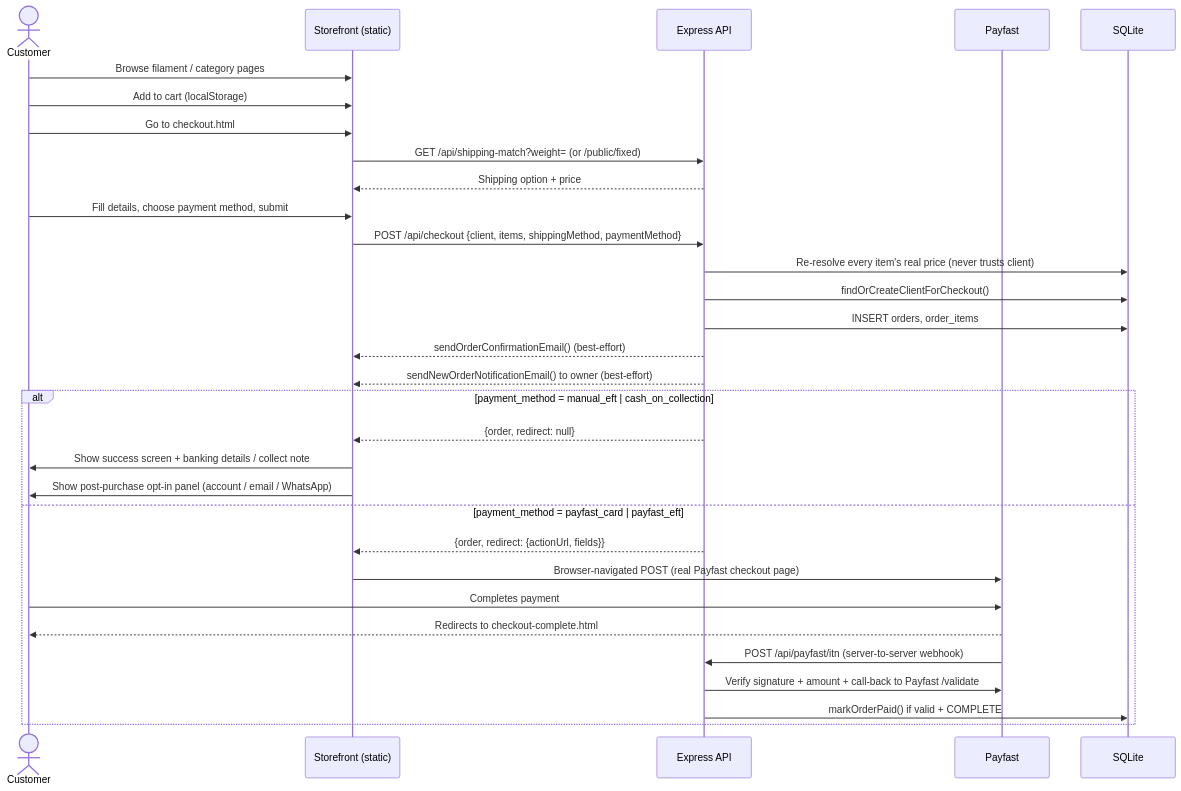
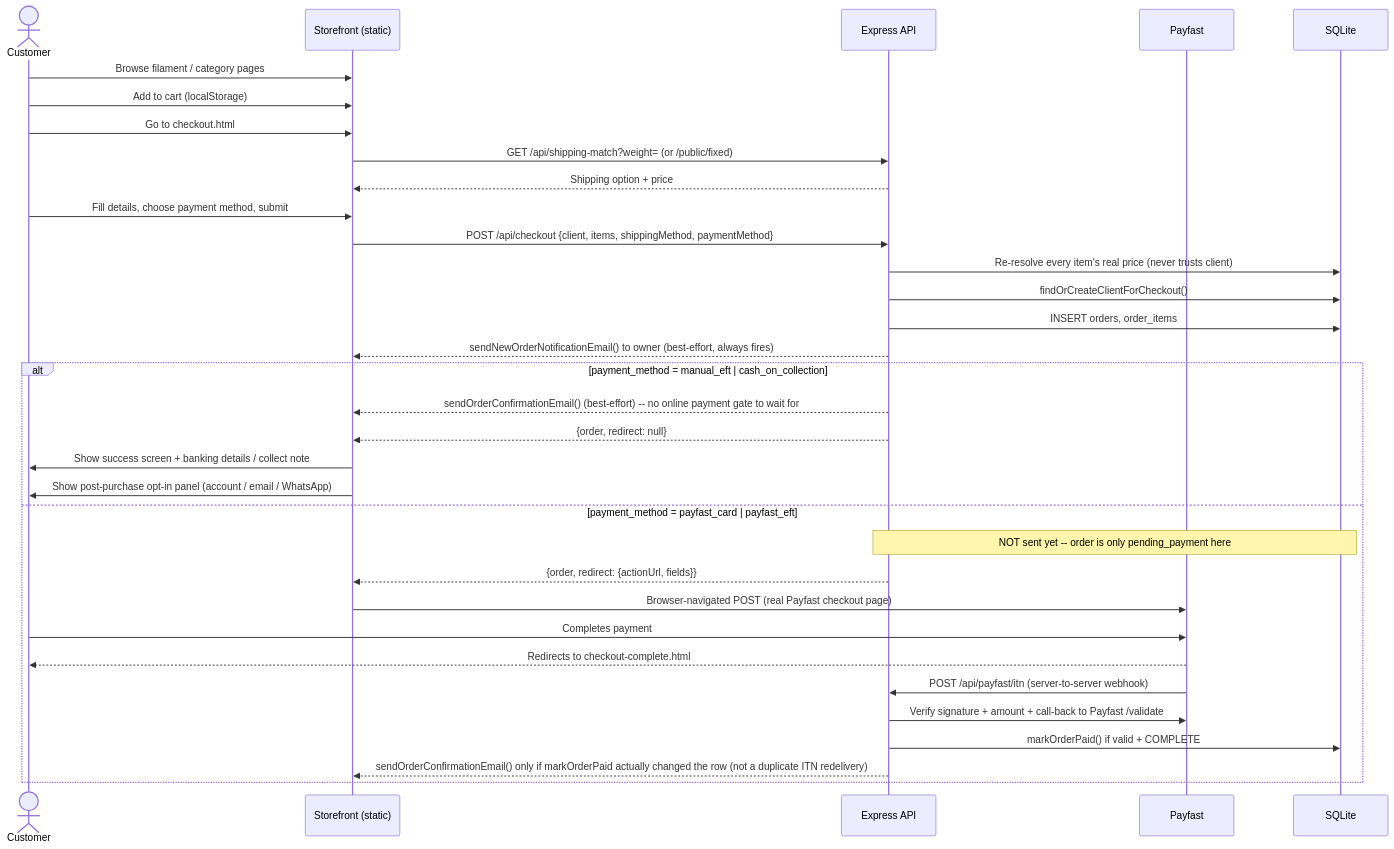
The fifth of 13 diagrams in docs/SYSTEM_DOCUMENTATION.md (jbarkhuizen/Lapanza-3d-Creations-Martin), drawn with Mermaid before and after one commit. The commit also changed other lines of this file and 1 other file, not shown here.

Commit message:
docs: catch up documentation for the checkout fixes batch (closes #129)
Evolution History row + checkout sequence diagram were still describing
the old (buggy) email flow -- sendOrderConfirmationEmail() firing
unconditionally at order-creation time, before Payfast payment was actually
confirmed. Updated the diagram to show it split correctly: immediate for
manual_eft/cash_on_collection, deferred into the /api/payfast/itn branch
(gated on markOrderPaid's changed flag) for payfast_card/payfast_eft.
Also documented PUDO-default, dropdown-readability, and consent-placement
changes, added a non-obvious-things bullet for the email-timing rule so it
doesn't regress, and bumped test counts to 256/256.

````diff
--- a/docs/SYSTEM_DOCUMENTATION.md
+++ b/docs/SYSTEM_DOCUMENTATION.md
@@ -1138,34 +1139,36 @@
 ```mermaid
 sequenceDiagram
     actor C as Customer
     participant Site as Storefront (static)
     participant API as Express API
     participant PF as Payfast
     participant DB as SQLite
 
     C->>Site: Browse filament / category pages
     C->>Site: Add to cart (localStorage)
     C->>Site: Go to checkout.html
     Site->>API: GET /api/shipping-match?weight= (or /public/fixed)
     API-->>Site: Shipping option + price
     C->>Site: Fill details, choose payment method, submit
     Site->>API: POST /api/checkout {client, items, shippingMethod, paymentMethod}
     API->>DB: Re-resolve every item's real price (never trusts client)
     API->>DB: findOrCreateClientForCheckout()
     API->>DB: INSERT orders, order_items
-    API-->>Site: sendOrderConfirmationEmail() (best-effort)
-    API-->>Site: sendNewOrderNotificationEmail() to owner (best-effort)
+    API-->>Site: sendNewOrderNotificationEmail() to owner (best-effort, always fires)
     alt payment_method = manual_eft | cash_on_collection
+        API-->>Site: sendOrderConfirmationEmail() (best-effort) -- no online payment gate to wait for
         API-->>Site: {order, redirect: null}
         Site->>C: Show success screen + banking details / collect note
         Site->>C: Show post-purchase opt-in panel (account / email / WhatsApp)
     else payment_method = payfast_card | payfast_eft
+        Note over API,DB: NOT sent yet -- order is only pending_payment here
         API-->>Site: {order, redirect: {actionUrl, fields}}
         Site->>PF: Browser-navigated POST (real Payfast checkout page)
         C->>PF: Completes payment
         PF-->>C: Redirects to checkout-complete.html
         PF->>API: POST /api/payfast/itn (server-to-server webhook)
         API->>PF: Verify signature + amount + call-back to Payfast /validate
         API->>DB: markOrderPaid() if valid + COMPLETE
+        API-->>Site: sendOrderConfirmationEmail() only if markOrderPaid actually changed the row (not a duplicate ITN redelivery)
     end
 ```
````
